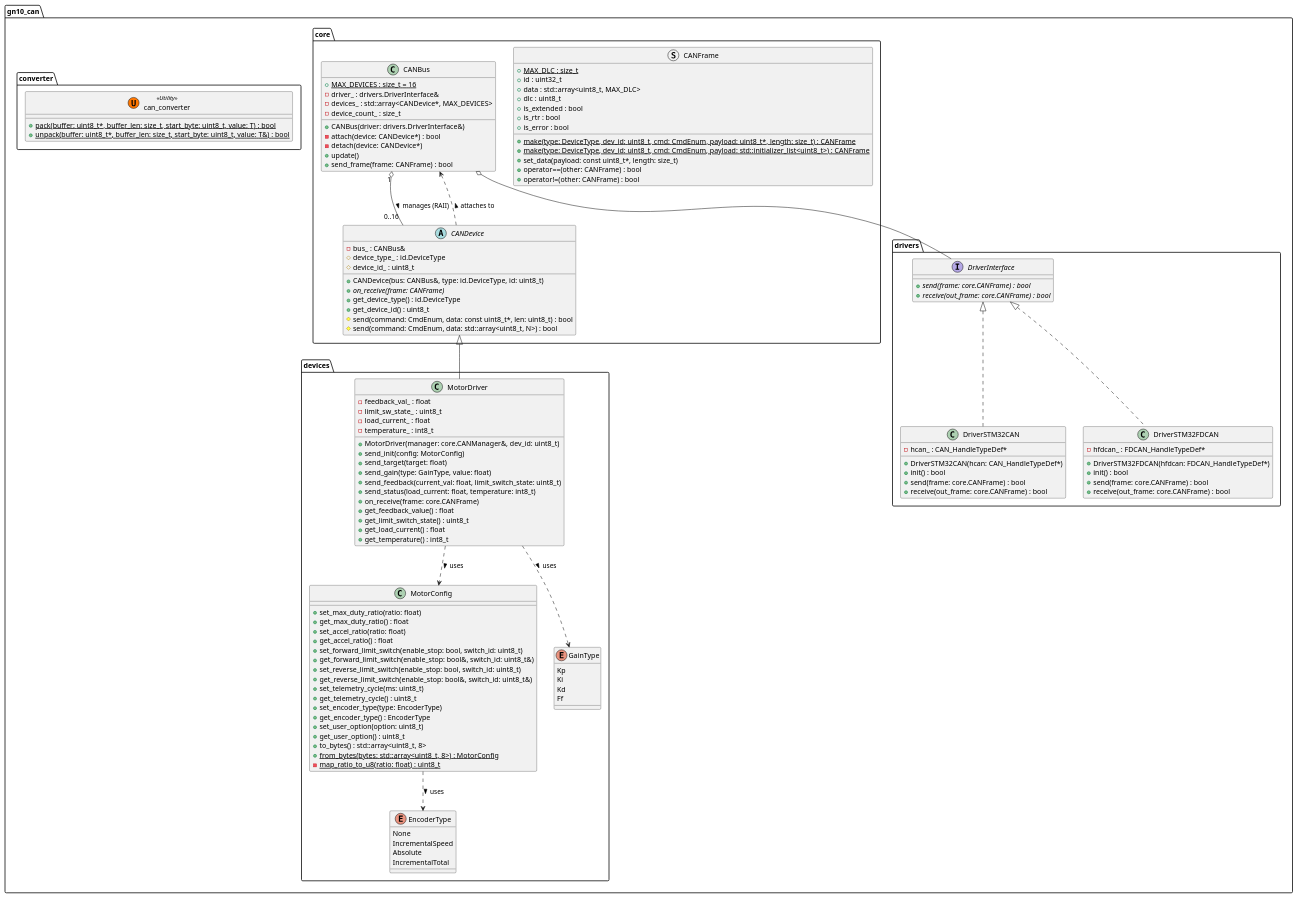
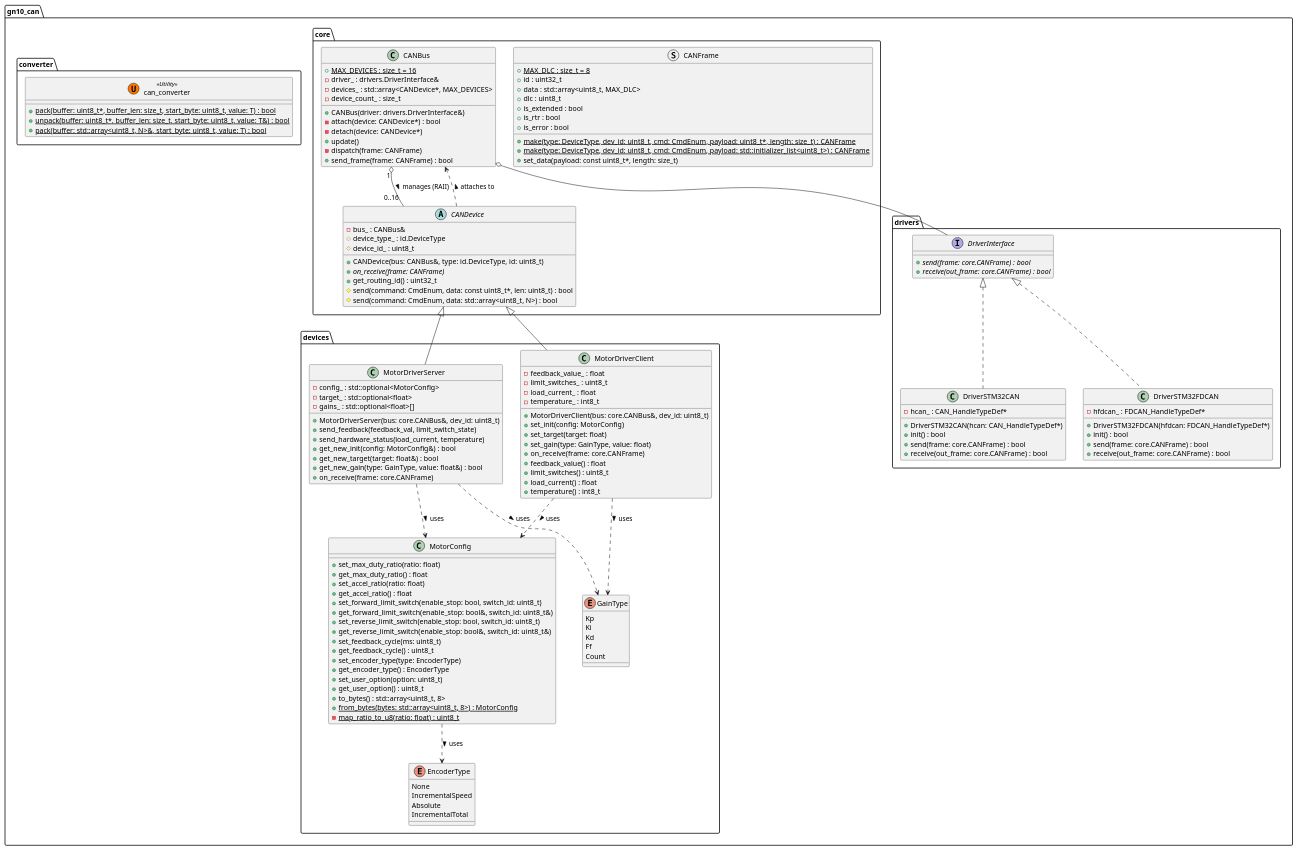
One commit to ararobo/GN10CANModels changed the diagram in uml/class.pu. Above: the diagram before and after it, drawn with PlantUML. The commit also changed 5 other files, not shown here.

Commit message:
update:uml and README to match current class structure

```diff
--- a/uml/class.pu
+++ b/uml/class.pu
@@ -1,142 +1,156 @@
 @startuml class_diagram
 
 namespace gn10_can {
 
     namespace core {
         struct CANFrame {
-            + {static} MAX_DLC : size_t
+            + {static} MAX_DLC : size_t = 8
             + id : uint32_t
             + data : std::array<uint8_t, MAX_DLC>
             + dlc : uint8_t
             + is_extended : bool
             + is_rtr : bool
             + is_error : bool
             + {static} make(type: DeviceType, dev_id: uint8_t, cmd: CmdEnum, payload: uint8_t*, length: size_t) : CANFrame
             + {static} make(type: DeviceType, dev_id: uint8_t, cmd: CmdEnum, payload: std::initializer_list<uint8_t>) : CANFrame
             + set_data(payload: const uint8_t*, length: size_t)
-            + operator==(other: CANFrame) : bool
-            + operator!=(other: CANFrame) : bool
         }
 
         class CANBus {
             + {static} MAX_DEVICES : size_t = 16
             - driver_ : drivers.DriverInterface&
             - devices_ : std::array<CANDevice*, MAX_DEVICES>
             - device_count_ : size_t
             + CANBus(driver: drivers.DriverInterface&)
             - attach(device: CANDevice*) : bool
             - detach(device: CANDevice*)
             + update()
+            - dispatch(frame: CANFrame)
             + send_frame(frame: CANFrame) : bool
         }
 
         abstract class CANDevice {
             - bus_ : CANBus&
             # device_type_ : id.DeviceType
             # device_id_ : uint8_t
             + CANDevice(bus: CANBus&, type: id.DeviceType, id: uint8_t)
             + {abstract} on_receive(frame: CANFrame)
-            + get_device_type() : id.DeviceType
-            + get_device_id() : uint8_t
+            + get_routing_id() : uint32_t
             # send(command: CmdEnum, data: const uint8_t*, len: uint8_t) : bool
             # send(command: CmdEnum, data: std::array<uint8_t, N>) : bool
         }
     }
 
     namespace drivers {
         interface DriverInterface {
             + {abstract} send(frame: core.CANFrame) : bool
             + {abstract} receive(out_frame: core.CANFrame) : bool
         }
 
         class DriverSTM32CAN {
             - hcan_ : CAN_HandleTypeDef*
             + DriverSTM32CAN(hcan: CAN_HandleTypeDef*)
             + init() : bool
             + send(frame: core.CANFrame) : bool
             + receive(out_frame: core.CANFrame) : bool
         }
 
         class DriverSTM32FDCAN {
             - hfdcan_ : FDCAN_HandleTypeDef*
             + DriverSTM32FDCAN(hfdcan: FDCAN_HandleTypeDef*)
             + init() : bool
             + send(frame: core.CANFrame) : bool
             + receive(out_frame: core.CANFrame) : bool
         }
     }
 
     namespace devices {
-        class MotorDriver {
-            - feedback_val_ : float
-            - limit_sw_state_ : uint8_t
+        class MotorDriverClient {
+            - feedback_value_ : float
+            - limit_switches_ : uint8_t
             - load_current_ : float
             - temperature_ : int8_t
-            + MotorDriver(manager: core.CANManager&, dev_id: uint8_t)
-            + send_init(config: MotorConfig)
-            + send_target(target: float)
-            + send_gain(type: GainType, value: float)
-            + send_feedback(current_val: float, limit_switch_state: uint8_t)
-            + send_status(load_current: float, temperature: int8_t)
+            + MotorDriverClient(bus: core.CANBus&, dev_id: uint8_t)
+            + set_init(config: MotorConfig)
+            + set_target(target: float)
+            + set_gain(type: GainType, value: float)
             + on_receive(frame: core.CANFrame)
-            + get_feedback_value() : float
-            + get_limit_switch_state() : uint8_t
-            + get_load_current() : float
-            + get_temperature() : int8_t
+            + feedback_value() : float
+            + limit_switches() : uint8_t
+            + load_current() : float
+            + temperature() : int8_t
+        }
+
+        class MotorDriverServer {
+            - config_ : std::optional<MotorConfig>
+            - target_ : std::optional<float>
+            - gains_ : std::optional<float>[]
+            + MotorDriverServer(bus: core.CANBus&, dev_id: uint8_t)
+            + send_feedback(feedback_val, limit_switch_state)
+            + send_hardware_status(load_current, temperature)
+            + get_new_init(config: MotorConfig&) : bool
+            + get_new_target(target: float&) : bool
+            + get_new_gain(type: GainType, value: float&) : bool
+            + on_receive(frame: core.CANFrame)
         }
 
         class MotorConfig {
             + set_max_duty_ratio(ratio: float)
             + get_max_duty_ratio() : float
             + set_accel_ratio(ratio: float)
             + get_accel_ratio() : float
             + set_forward_limit_switch(enable_stop: bool, switch_id: uint8_t)
             + get_forward_limit_switch(enable_stop: bool&, switch_id: uint8_t&)
             + set_reverse_limit_switch(enable_stop: bool, switch_id: uint8_t)
             + get_reverse_limit_switch(enable_stop: bool&, switch_id: uint8_t&)
-            + set_telemetry_cycle(ms: uint8_t)
-            + get_telemetry_cycle() : uint8_t
+            + set_feedback_cycle(ms: uint8_t)
+            + get_feedback_cycle() : uint8_t
             + set_encoder_type(type: EncoderType)
             + get_encoder_type() : EncoderType
             + set_user_option(option: uint8_t)
             + get_user_option() : uint8_t
             + to_bytes() : std::array<uint8_t, 8>
             + {static} from_bytes(bytes: std::array<uint8_t, 8>) : MotorConfig
             - {static} map_ratio_to_u8(ratio: float) : uint8_t
         }
         
         enum EncoderType {
             None
             IncrementalSpeed
             Absolute
             IncrementalTotal
         }
 
         enum GainType {
             Kp
             Ki
             Kd
             Ff
+            Count
         }
     }
     
     namespace converter {
         class can_converter << (U, #FF7700) Utility >> {
             + {static} pack(buffer: uint8_t*, buffer_len: size_t, start_byte: uint8_t, value: T) : bool
             + {static} unpack(buffer: uint8_t*, buffer_len: size_t, start_byte: uint8_t, value: T&) : bool
+            + {static} pack(buffer: std::array<uint8_t, N>&, start_byte: uint8_t, value: T) : bool
         }
     }
 
     core.CANBus o-- drivers.DriverInterface
     core.CANBus "1" o-- "0..16" core.CANDevice : manages (RAII) >
-    core.CANDevice <|-- devices.MotorDriver
+    core.CANDevice <|-- devices.MotorDriverClient
+    core.CANDevice <|-- devices.MotorDriverServer
     core.CANDevice ..> core.CANBus : attaches to >
-    devices.MotorDriver ..> devices.MotorConfig : uses >
-    devices.MotorDriver ..> devices.GainType : uses >
+    devices.MotorDriverClient ..> devices.MotorConfig : uses >
+    devices.MotorDriverServer ..> devices.MotorConfig : uses >
+    devices.MotorDriverClient ..> devices.GainType : uses >
+    devices.MotorDriverServer ..> devices.GainType : uses >
     devices.MotorConfig ..> devices.EncoderType : uses >
 
     drivers.DriverInterface <|.. drivers.DriverSTM32CAN
     drivers.DriverInterface <|.. drivers.DriverSTM32FDCAN
 }
 
 @enduml
```
